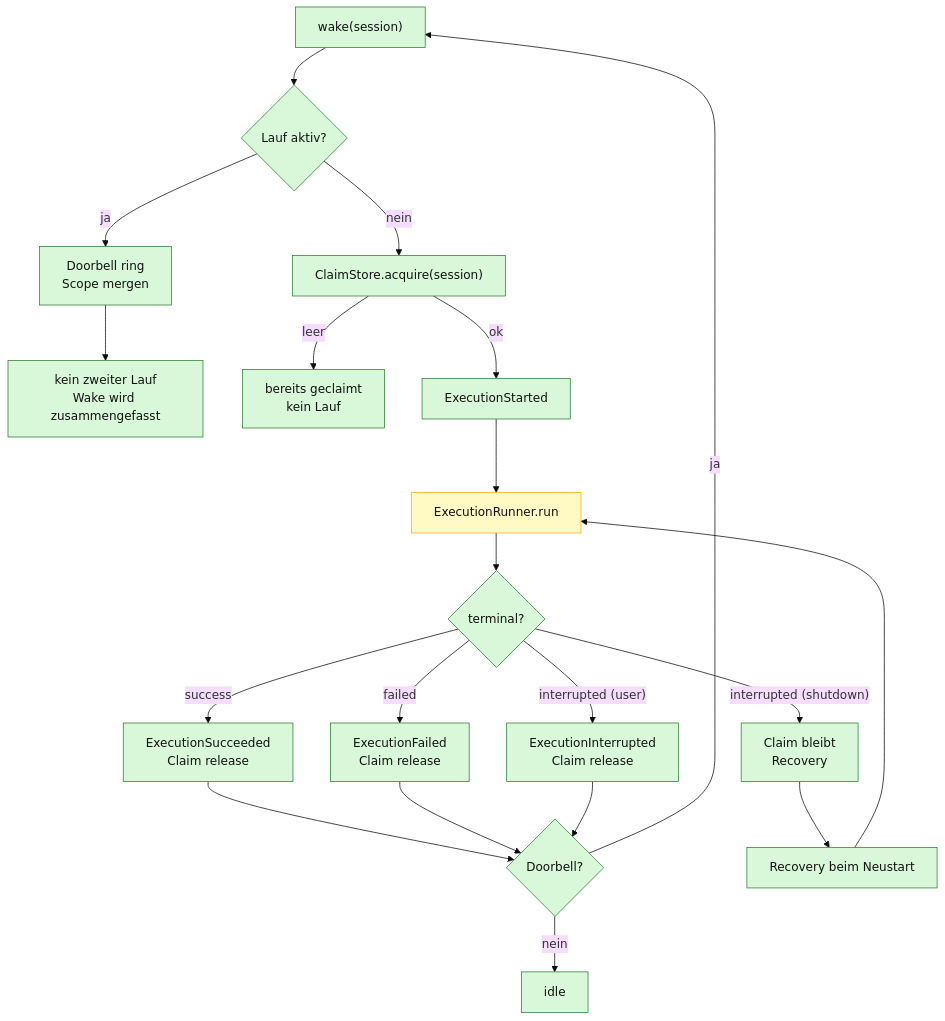
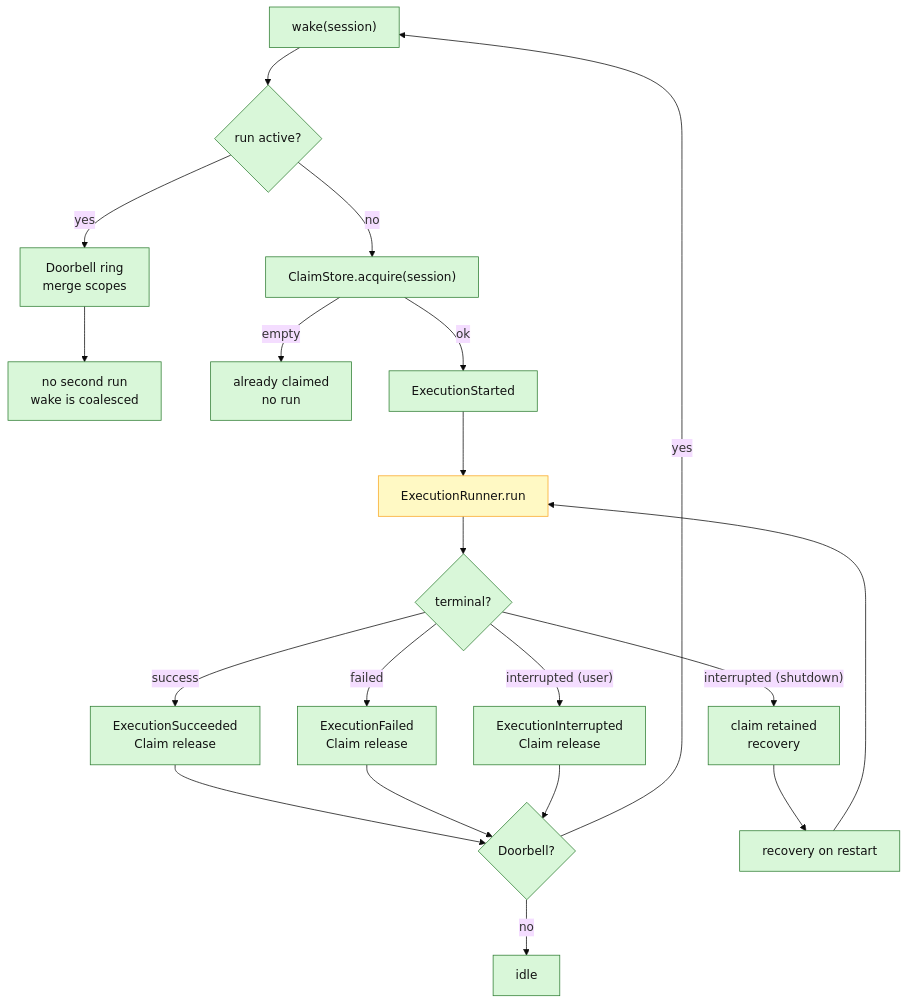
The second of 2 diagrams in docs/diagrams/04-session-lifecycle.md (augmentia-de/QOC), drawn with Mermaid (base theme) before and after one commit. The commit also changed other lines of this file and 71 other files, not shown here.

````diff
--- a/docs/diagrams/04-session-lifecycle.md
+++ b/docs/diagrams/04-session-lifecycle.md
@@ -49,25 +49,25 @@
 ```mermaid
 flowchart TD
-  Wake["wake(session)"]:::det --> Active{"Lauf aktiv?"}:::det
-  Active -->|"ja"| Ring["Doorbell ring<br/>Scope mergen"]:::det
-  Ring --> Coalesce["kein zweiter Lauf<br/>Wake wird zusammengefasst"]:::det
-  Active -->|"nein"| Acquire["ClaimStore.acquire(session)"]:::det
-  Acquire -->|"leer"| Busy["bereits geclaimt<br/>kein Lauf"]:::det
+  Wake["wake(session)"]:::det --> Active{"run active?"}:::det
+  Active -->|"yes"| Ring["Doorbell ring<br/>merge scopes"]:::det
+  Ring --> Coalesce["no second run<br/>wake is coalesced"]:::det
+  Active -->|"no"| Acquire["ClaimStore.acquire(session)"]:::det
+  Acquire -->|"empty"| Busy["already claimed<br/>no run"]:::det
   Acquire -->|"ok"| Started["ExecutionStarted"]:::det
   Started --> Run["ExecutionRunner.run"]:::mixed
   Run --> Terminal{"terminal?"}:::det
   Terminal -->|"success"| Success["ExecutionSucceeded<br/>Claim release"]:::det
   Terminal -->|"failed"| Failed["ExecutionFailed<br/>Claim release"]:::det
   Terminal -->|"interrupted (user)"| Interrupted["ExecutionInterrupted<br/>Claim release"]:::det
-  Terminal -->|"interrupted (shutdown)"| Keep["Claim bleibt<br/>Recovery"]:::det
+  Terminal -->|"interrupted (shutdown)"| Keep["claim retained<br/>recovery"]:::det
   Success --> Follow{"Doorbell?"}:::det
   Failed --> Follow
   Interrupted --> Follow
-  Follow -->|"ja"| Wake
-  Follow -->|"nein"| Idle["idle"]:::det
-  Keep --> Recovery["Recovery beim Neustart"]:::det
+  Follow -->|"yes"| Wake
+  Follow -->|"no"| Idle["idle"]:::det
+  Keep --> Recovery["recovery on restart"]:::det
   Recovery --> Run
 
   classDef det fill:#d9f7d9,stroke:#2e7d32,stroke-width:1px,color:#111;
   classDef mixed fill:#fff9c4,stroke:#f9a825,stroke-width:1px,color:#111;
 ```
````
